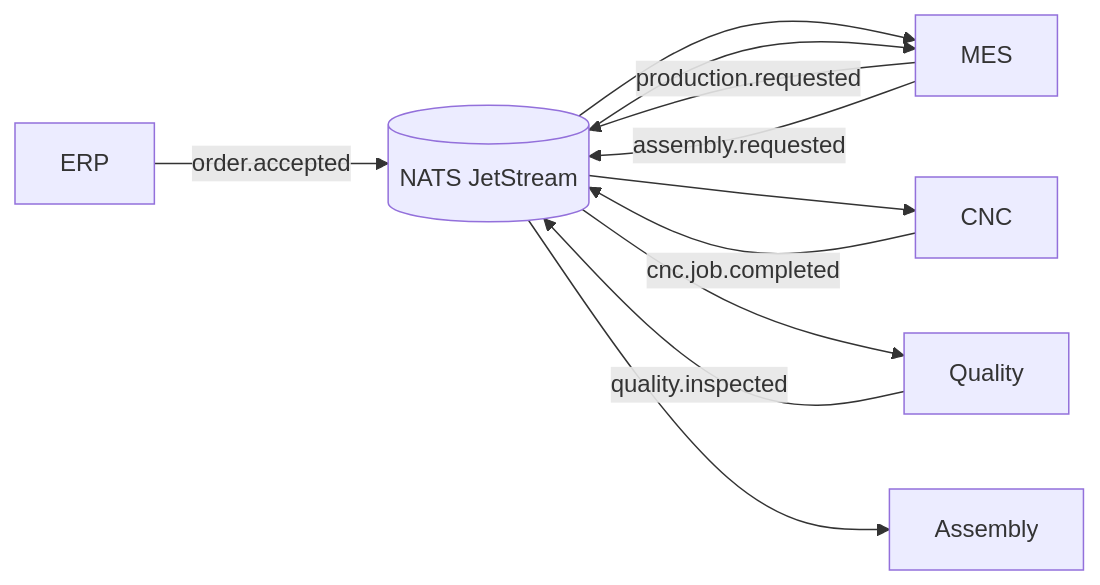
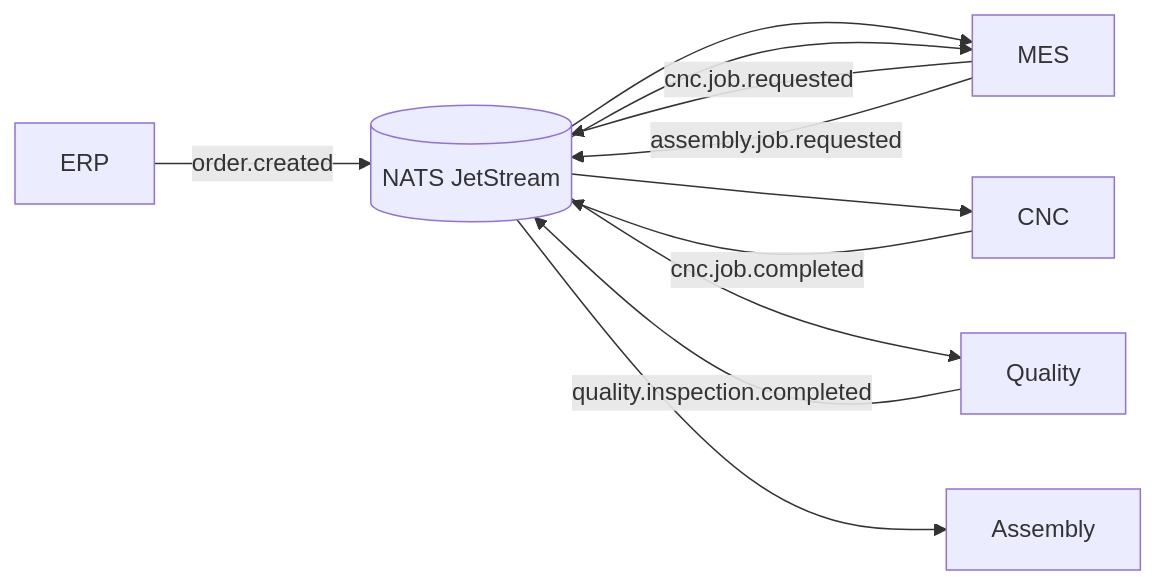
Before and after one commit to coderps/JobyTHC: the diagram in docs/ADRs/ADR-001-event-driven-architecture-nats-jetstream.md, drawn with Mermaid. The commit also changed other lines of this file and 35 other files, not shown here.

````diff
--- a/docs/ADRs/ADR-001-event-driven-architecture-nats-jetstream.md
+++ b/docs/ADRs/ADR-001-event-driven-architecture-nats-jetstream.md
@@ -74,18 +74,18 @@
 ```mermaid
 flowchart LR
 
-ERP -->|order.accepted| NATS[(NATS JetStream)]
+ERP -->|order.created| NATS[(NATS JetStream)]
 NATS --> MES
 
-MES -->|production.requested| NATS
+MES -->|cnc.job.requested| NATS
 NATS --> CNC
 
 CNC -->|cnc.job.completed| NATS
 NATS --> Quality
 
-Quality -->|quality.inspected| NATS
+Quality -->|quality.inspection.completed| NATS
 NATS --> MES
 
-MES -->|assembly.requested| NATS
+MES -->|assembly.job.requested| NATS
 NATS --> Assembly
 ```
````
